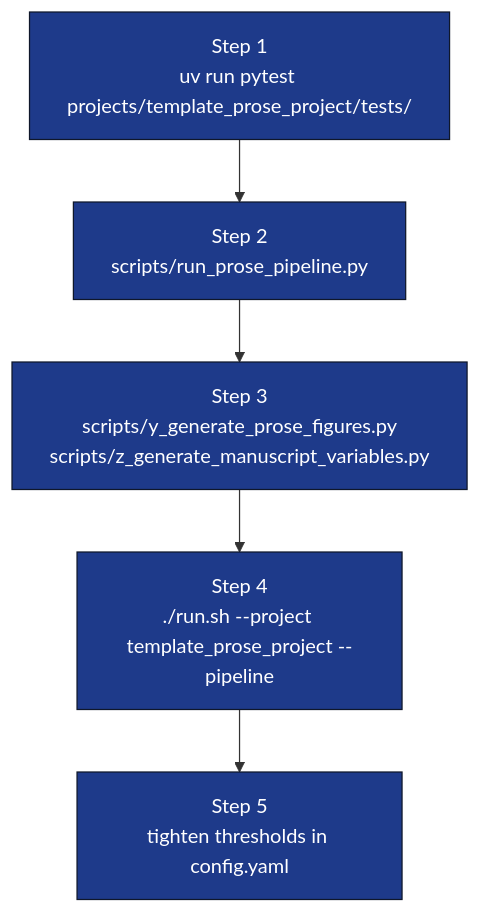
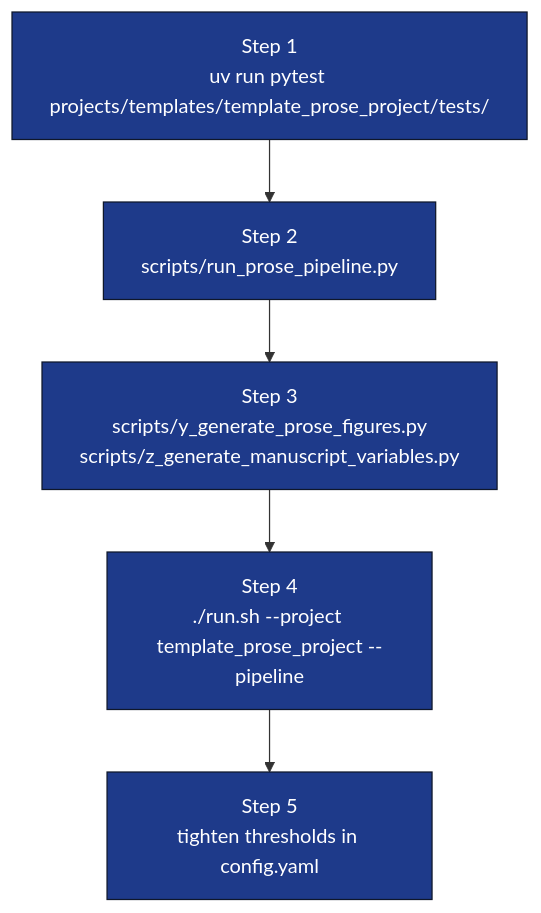
The diagram in projects/templates/template_prose_project/docs/quickstart.md (docxology/template), drawn with Mermaid before and after one commit. The commit also changed other lines of this file and 481 other files, not shown here.

````diff
--- a/projects/templates/template_prose_project/docs/quickstart.md
+++ b/projects/templates/template_prose_project/docs/quickstart.md
@@ -3,13 +3,13 @@
 ```mermaid
 flowchart TB
-    S1[Step 1<br/>uv run pytest projects/template_prose_project/tests/]
+    S1[Step 1<br/>uv run pytest projects/templates/template_prose_project/tests/]
     S2[Step 2<br/>scripts/run_prose_pipeline.py]
     S3[Step 3<br/>scripts/y_generate_prose_figures.py<br/>scripts/z_generate_manuscript_variables.py]
     S4[Step 4<br/>./run.sh --project template_prose_project --pipeline]
     S5[Step 5<br/>tighten thresholds in config.yaml]
 
     S1 --> S2 --> S3 --> S4 --> S5
 
     classDef step fill:#1e3a8a,stroke:#0f172a,color:#fff
     class S1,S2,S3,S4,S5 step
 ```
````
